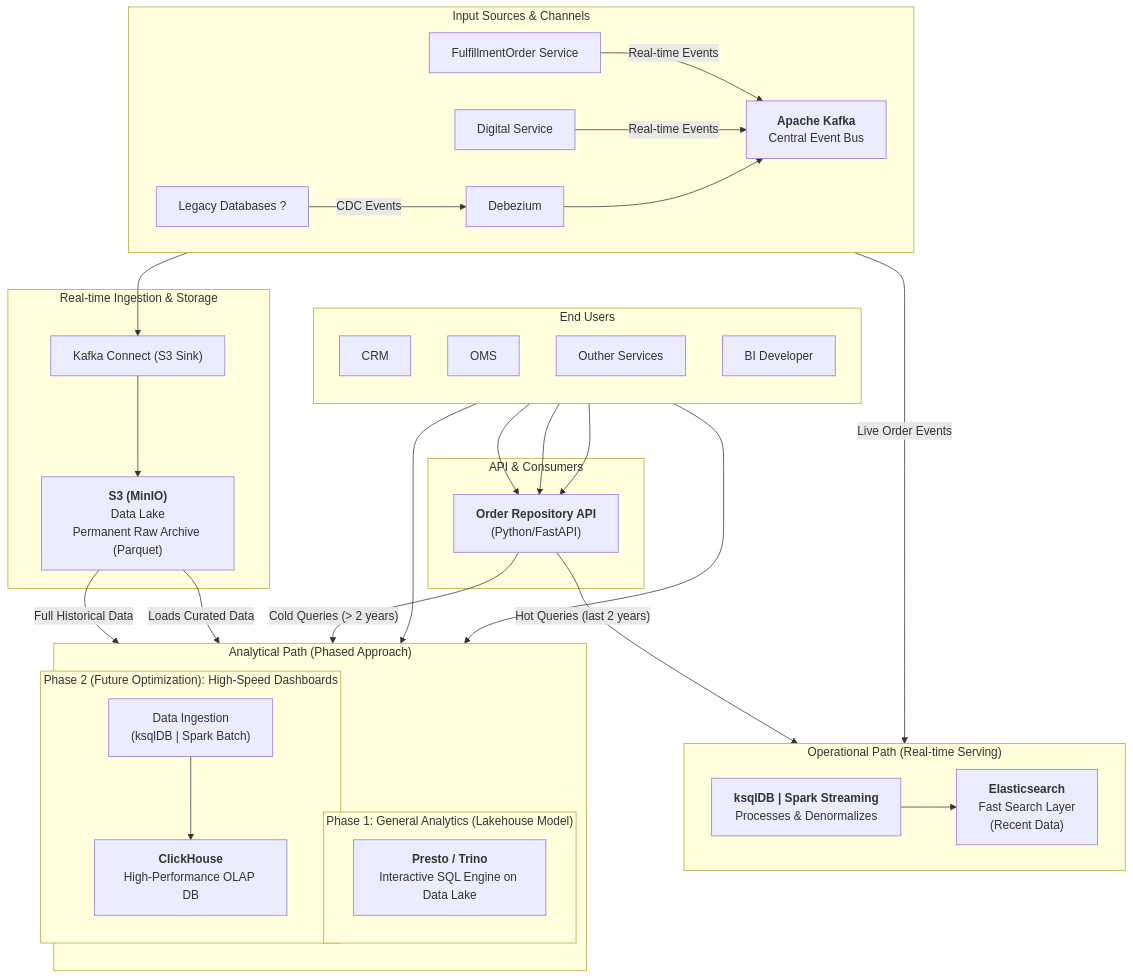
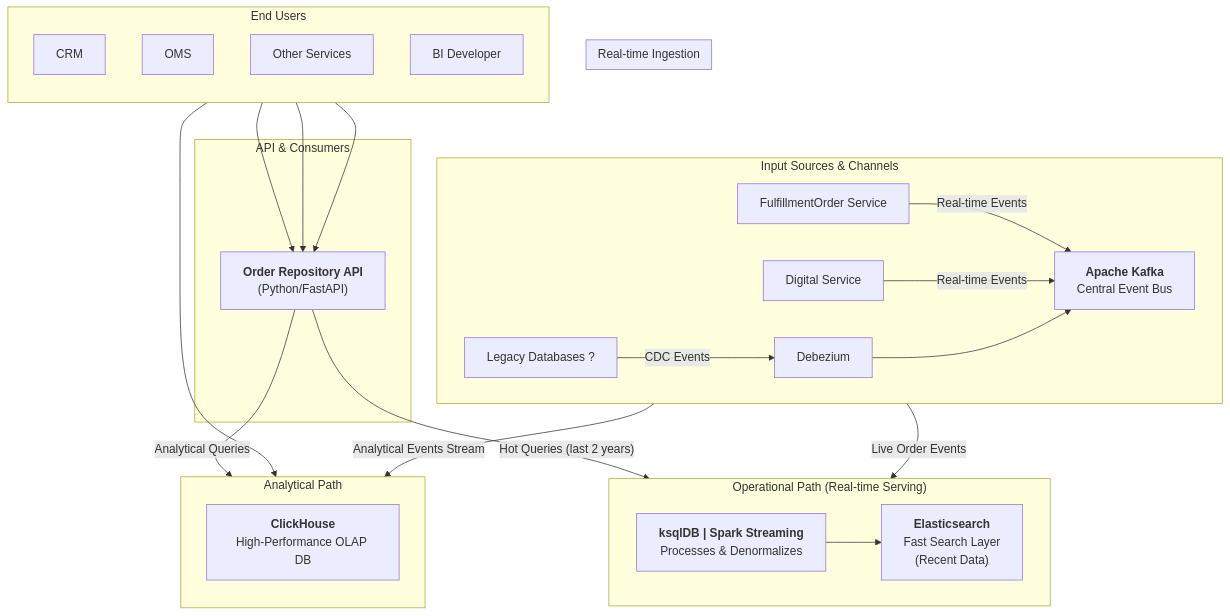
The diagram in README.md (heysaeid/PT-OMS), drawn with Mermaid before and after one commit. The commit also changed 1 other file, not shown here.

Commit message:
chore: update High-Level Architecture by removing Lake and Presto, connecting Analytical Path directly to Kafka

````diff
--- a/README.md
+++ b/README.md
@@ -27,54 +27,42 @@
 ```mermaid
 graph TD
     %% Input Sources & Channels
     subgraph "Input Sources & Channels"
         direction LR
         A["FulfillmentOrder Service"] -- "Real-time Events" --> KAFKA
         B["Digital Service"] -- "Real-time Events" --> KAFKA
         DB1["Legacy Databases ?"] -- "CDC Events" --> DEBEZIUM[Debezium] --> KAFKA
     end
 
-    %% Real-time Ingestion & Storage
-    subgraph "Real-time Ingestion & Storage"
-        KAFKA["<b>Apache Kafka</b><br/>Central Event Bus"] --> KC["Kafka Connect (S3 Sink)"] --> S3["<b>S3 (MinIO)</b><br/>Data Lake<br/>Permanent Raw Archive (Parquet)"]
+    subgraph "Real-time Ingestion"
+        KAFKA["<b>Apache Kafka</b><br/>Central Event Bus"]
     end
 
     %% Operational Path
     subgraph "Operational Path (Real-time Serving)"
         direction LR
         KAFKA -- "Live Order Events" --> KFSQK_SPARK_STREAM["<b>ksqlDB | Spark Streaming</b><br/>Processes & Denormalizes"] --> ES["<b>Elasticsearch</b><br/>Fast Search Layer<br/>(Recent Data)"]
     end
 
-    %% Analytical Path (Phased)
-    subgraph "Analytical Path (Phased Approach)"
+    %% Analytical Path (Direct from Kafka)
+    subgraph "Analytical Path"
         direction TB
-
-        subgraph "Phase 1: General Analytics (Lakehouse Model)"
-            PRESTO["<b>Presto / Trino</b><br/>Interactive SQL Engine on Data Lake"]
-            S3 -- "Full Historical Data" --> PRESTO
-        end
-
-        subgraph "Phase 2 (Future Optimization): High-Speed Dashboards"
-            INGEST_OLAP["Data Ingestion<br/>(ksqlDB | Spark Batch)"]
-            CLICKHOUSE["<b>ClickHouse</b><br/>High-Performance OLAP DB"]
-            S3 -- "Loads Curated Data" --> INGEST_OLAP --> CLICKHOUSE
-        end
+        KAFKA -- "Analytical Events Stream" --> CLICKHOUSE["<b>ClickHouse</b><br/>High-Performance OLAP DB"]
     end
 
     %% API & Consumers
     subgraph "API & Consumers"
         API["<b>Order Repository API</b><br/>(Python/FastAPI)"]
         API -- "Hot Queries (last 2 years)" --> ES
-        API -- "Cold Queries (> 2 years)" --> PRESTO
+        API -- "Analytical Queries" --> CLICKHOUSE
     end
 
     %% End Users
     subgraph "End Users"
         direction TB
         CRM["CRM"] --> API
         OMS["OMS"] --> API
-        SERVICES["Outher Services"] --> API
-        ANALYSTS["BI Developer"] --> PRESTO
+        SERVICES["Other Services"] --> API
         ANALYSTS["BI Developer"] --> CLICKHOUSE
     end
 ```
````
